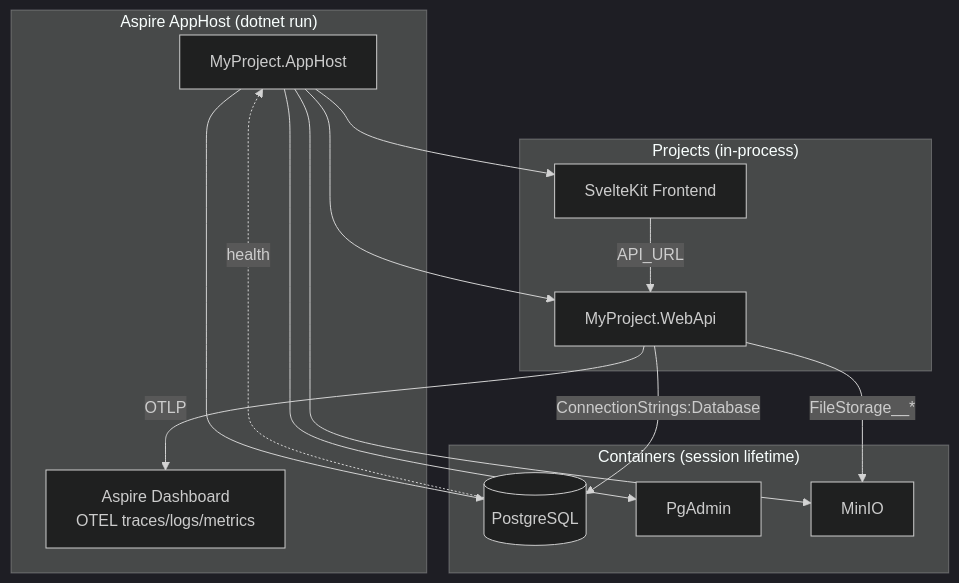
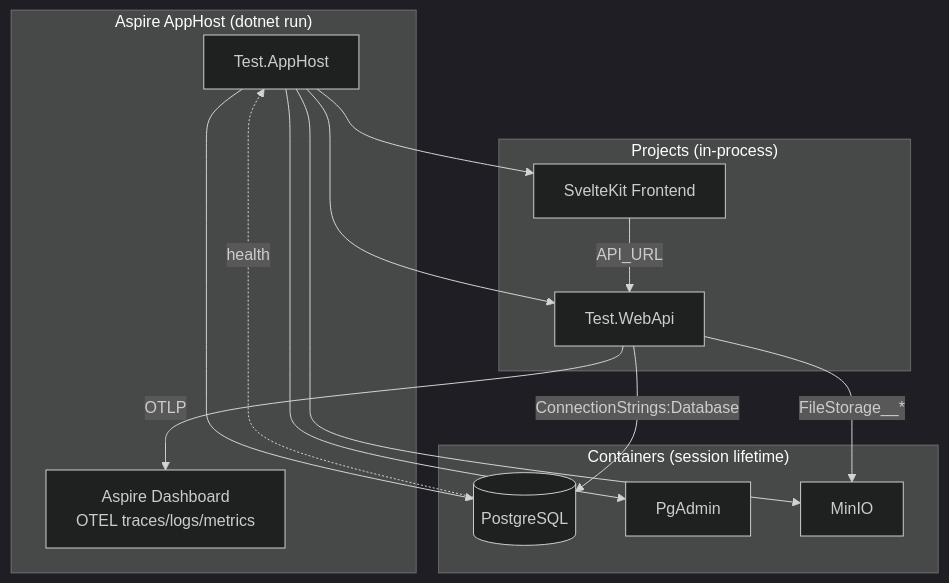
One commit to fpindej/netrock changed the diagram in docs/sessions/2026-02-28-aspire-otel-migration.md. Above: the diagram before and after it, drawn with Mermaid (dark theme). The commit also changed other lines of this file and 826 other files, not shown here.

Commit message:
chore: rename project from MyProject to Test

````diff
--- a/docs/sessions/2026-02-28-aspire-otel-migration.md
+++ b/docs/sessions/2026-02-28-aspire-otel-migration.md
@@ -69,31 +69,31 @@
 ```mermaid
 flowchart TD
     subgraph "Aspire AppHost (dotnet run)"
-        AppHost[MyProject.AppHost]
+        AppHost[Test.AppHost]
         Dashboard[Aspire Dashboard<br/>OTEL traces/logs/metrics]
     end
 
     subgraph "Containers (session lifetime)"
         PG[(PostgreSQL)]
         PGA[PgAdmin]
         MINIO[MinIO]
     end
 
     subgraph "Projects (in-process)"
-        API[MyProject.WebApi]
+        API[Test.WebApi]
         FE[SvelteKit Frontend]
     end
 
     AppHost --> PG
     AppHost --> PGA
     AppHost --> MINIO
     AppHost --> API
     AppHost --> FE
 
     API -->|ConnectionStrings:Database| PG
     API -->|FileStorage__*| MINIO
     FE -->|API_URL| API
 
     API -->|OTLP| Dashboard
     PG -.->|health| AppHost
 ```
````
